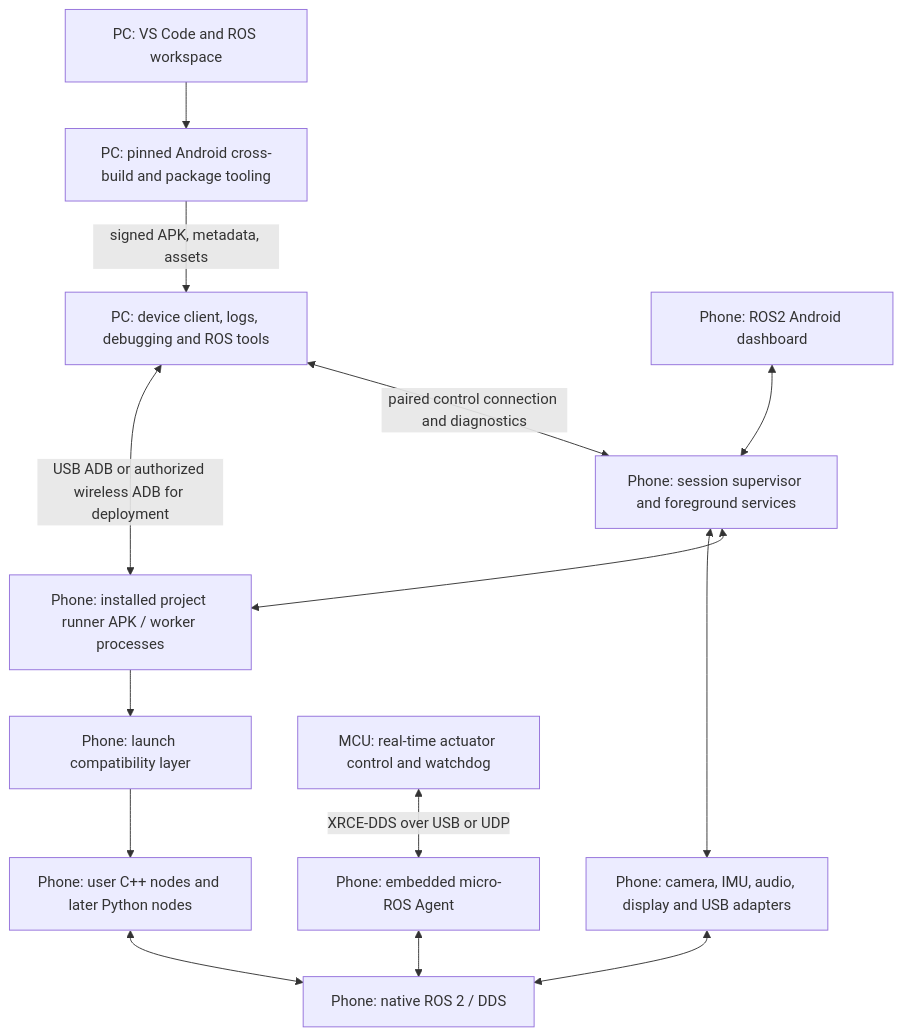
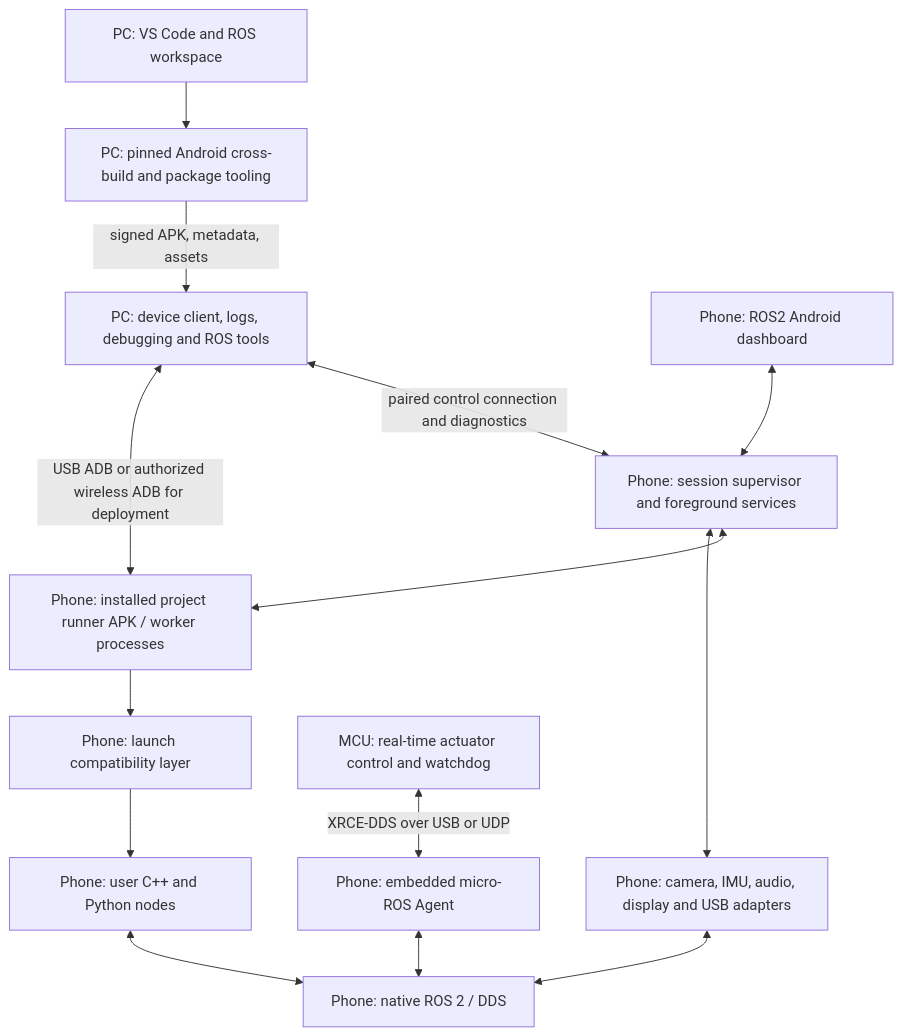
Before and after one commit to kishore-saravanan/ros2-android: the diagram in docs/PLATFORM-PLAN.md, drawn with Mermaid. The commit also changed other lines of this file and 32 other files, not shown here.

````diff
--- a/docs/PLATFORM-PLAN.md
+++ b/docs/PLATFORM-PLAN.md
@@ -49,28 +51,28 @@
 ```mermaid
 flowchart TB
     Editor[PC: VS Code and ROS workspace]
     Build[PC: pinned Android cross-build and package tooling]
     Dev[PC: device client, logs, debugging and ROS tools]
     UI[Phone: ROS2 Android dashboard]
     Supervisor[Phone: session supervisor and foreground services]
     Hardware[Phone: camera, IMU, audio, display and USB adapters]
     Runner[Phone: installed project runner APK / worker processes]
-    Nodes[Phone: user C++ nodes and later Python nodes]
+    Nodes[Phone: user C++ and Python nodes]
     Launch[Phone: launch compatibility layer]
     DDS[Phone: native ROS 2 / DDS]
     Agent[Phone: embedded micro-ROS Agent]
     MCU[MCU: real-time actuator control and watchdog]
     Editor --> Build
     Build -->|signed APK, metadata, assets| Dev
     Dev <-->|USB ADB or authorized wireless ADB for deployment| Runner
     Dev <-->|paired control connection and diagnostics| Supervisor
     UI <--> Supervisor
     Supervisor <--> Hardware
     Supervisor <--> Runner
     Runner --> Launch
     Launch --> Nodes
     Hardware <--> DDS
     Nodes <--> DDS
     Agent <--> DDS
     MCU <-->|XRCE-DDS over USB or UDP| Agent
 ```
````
